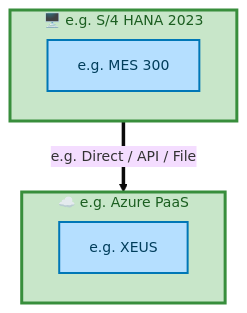
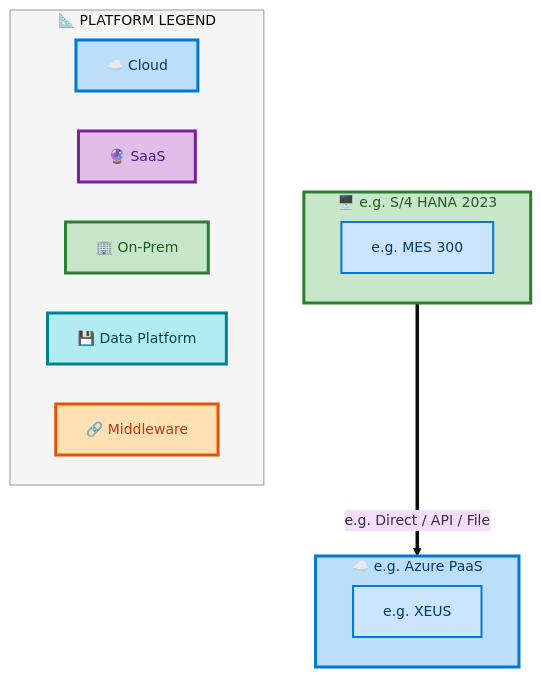
Before and after one commit to sajivfrancis777/IAO-Architecture: the sixth of 7 diagrams in towers/E2E/Procure to Pay/E2E-46/output/docs/systems-architecture/E2E-46-Architecture.md, drawn with Mermaid. The commit also changed other lines of this file and 394 other files, not shown here.

First line of the commit message:
feat: structured layer ordering for Mermaid architecture diagrams

````diff
--- a/towers/E2E/Procure to Pay/E2E-46/output/docs/systems-architecture/E2E-46-Architecture.md
+++ b/towers/E2E/Procure to Pay/E2E-46/output/docs/systems-architecture/E2E-46-Architecture.md
@@ -567,22 +583,36 @@
 ```mermaid
 %%{init: {"theme": "base", "securityLevel": "loose", "themeVariables": {"fontSize": "14px", "fontFamily": "Segoe UI, Arial"}, "flowchart": {"useMaxWidth": false, "htmlLabels": true, "nodeSpacing": 40, "rankSpacing": 50}} }%%
 flowchart TB
-    classDef appBox fill:#B5DFFF,stroke:#0077B6,stroke-width:2px,color:#003D5B
-    classDef platBox fill:#C8E6C9,stroke:#388E3C,stroke-width:3px,color:#1B5E20
-    classDef eolBox fill:#FFB5B5,stroke:#CC0000,stroke-width:2px,color:#660000
+    classDef appBox fill:#CCE5FF,stroke:#0078D4,stroke-width:2px,color:#003A6C
+    classDef platBox fill:#C8E6C9,stroke:#2E7D32,stroke-width:3px,color:#1B5E20
+    classDef eolBox fill:#FFCDD2,stroke:#C62828,stroke-width:2px,color:#B71C1C
 
     subgraph E2E46CPLP_e_g_Azure_PaaS["☁️ e.g. Azure PaaS"]
         direction LR
         E2E46CPLA_e_g_XEUS["e.g. XEUS"]:::appBox
     end
-    style E2E46CPLP_e_g_Azure_PaaS fill:#C8E6C9,stroke:#388E3C,stroke-width:3px,color:#1B5E20
+    style E2E46CPLP_e_g_Azure_PaaS fill:#BBDEFB,stroke:#0078D4,stroke-width:3px,color:#003A6C
 
     subgraph E2E46CPLP_e_g_S_4_HANA_2023["🖥️ e.g. S/4 HANA 2023"]
         direction LR
         E2E46CPLA_e_g_MES_300["e.g. MES 300"]:::appBox
     end
-    style E2E46CPLP_e_g_S_4_HANA_2023 fill:#C8E6C9,stroke:#388E3C,stroke-width:3px,color:#1B5E20
+    style E2E46CPLP_e_g_S_4_HANA_2023 fill:#C8E6C9,stroke:#2E7D32,stroke-width:3px,color:#1B5E20
 
     E2E46CPLP_e_g_S_4_HANA_2023 ==>|"e.g. Direct / API / File"| E2E46CPLP_e_g_Azure_PaaS
 
+    subgraph E2E46CPLLegend["📐 PLATFORM LEGEND"]
+        direction LR
+        E2E46CPLLC["☁️ Cloud"]
+        E2E46CPLLS["🔮 SaaS"]
+        E2E46CPLLO["🏢 On-Prem"]
+        E2E46CPLLD["💾 Data Platform"]
+        E2E46CPLLM["🔗 Middleware"]
+    end
+    style E2E46CPLLegend fill:#F5F5F5,stroke:#999,stroke-width:1px
+    style E2E46CPLLC fill:#BBDEFB,stroke:#0078D4,stroke-width:3px,color:#003A6C
+    style E2E46CPLLS fill:#E1BEE7,stroke:#7B1FA2,stroke-width:3px,color:#4A148C
+    style E2E46CPLLO fill:#C8E6C9,stroke:#2E7D32,stroke-width:3px,color:#1B5E20
+    style E2E46CPLLD fill:#B2EBF2,stroke:#00838F,stroke-width:3px,color:#004D40
+    style E2E46CPLLM fill:#FFE0B2,stroke:#E65100,stroke-width:3px,color:#BF360C
 ```
````
